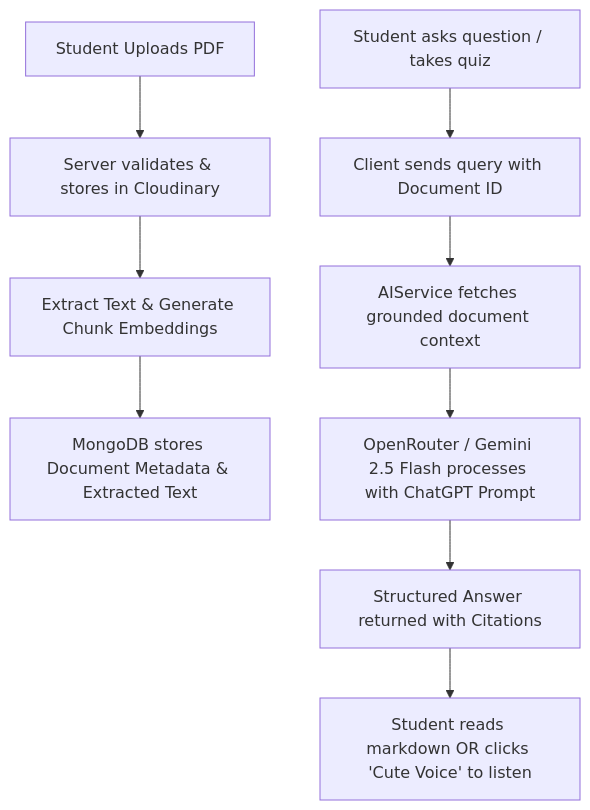
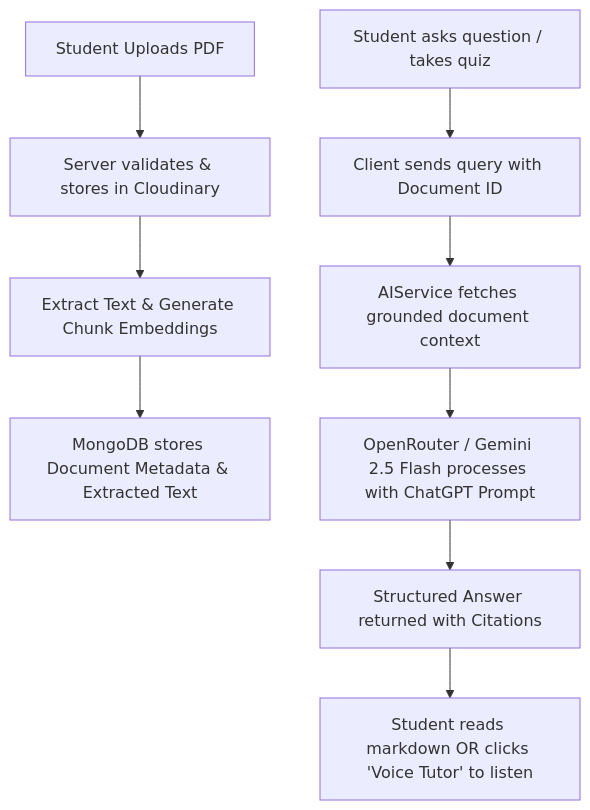
Before and after one commit to Devender38/EduMind-AI: the diagram in README.md, drawn with Mermaid. The commit also changed other lines of this file and 3 other files, not shown here.

Commit message:
refactor: rename cute voice to simple Voice Tutor across UI and models

````diff
--- a/README.md
+++ b/README.md
@@ -85,12 +85,12 @@
 ```mermaid
 flowchart TD
     A[Student Uploads PDF] --> B[Server validates & stores in Cloudinary]
     B --> C[Extract Text & Generate Chunk Embeddings]
     C --> D[MongoDB stores Document Metadata & Extracted Text]
     
     E[Student asks question / takes quiz] --> F[Client sends query with Document ID]
     F --> G[AIService fetches grounded document context]
     G --> H[OpenRouter / Gemini 2.5 Flash processes with ChatGPT Prompt]
     H --> I[Structured Answer returned with Citations]
-    I --> J[Student reads markdown OR clicks 'Cute Voice' to listen]
+    I --> J[Student reads markdown OR clicks 'Voice Tutor' to listen]
 ```
````
